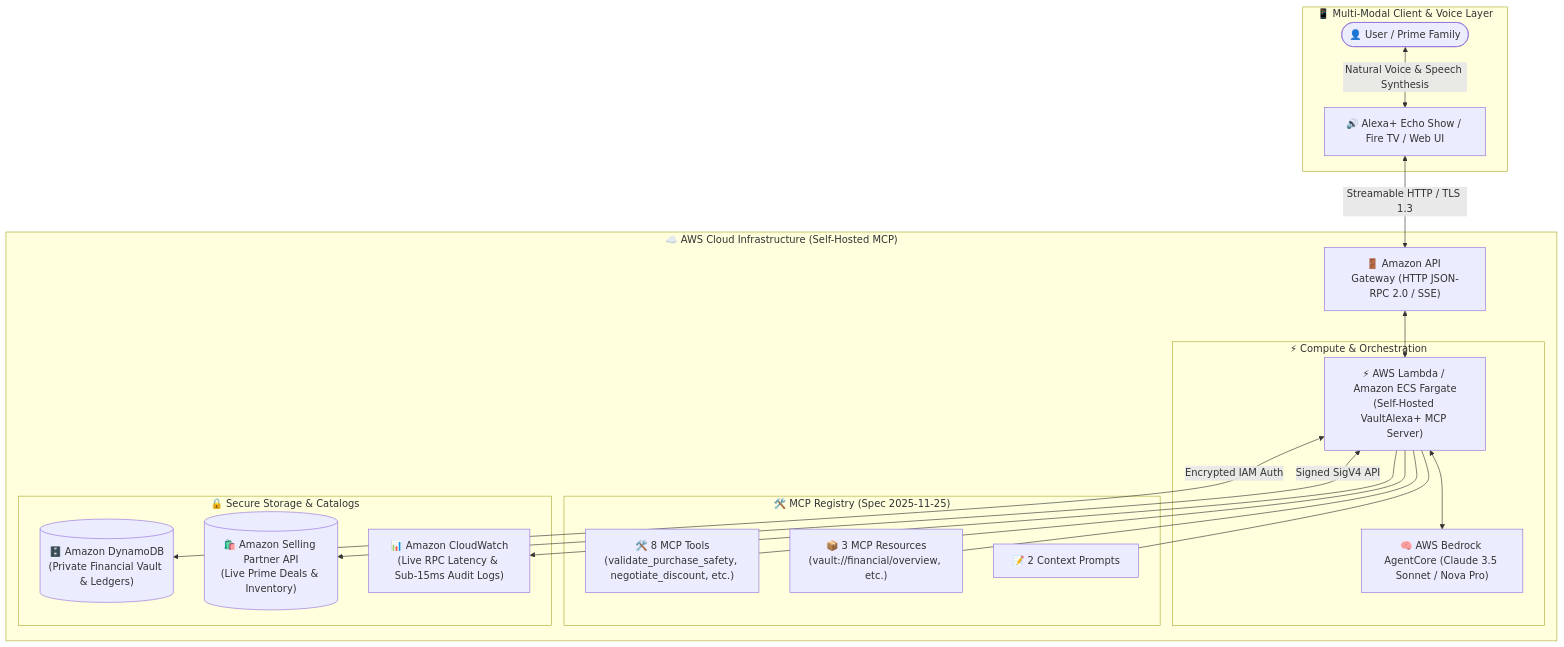
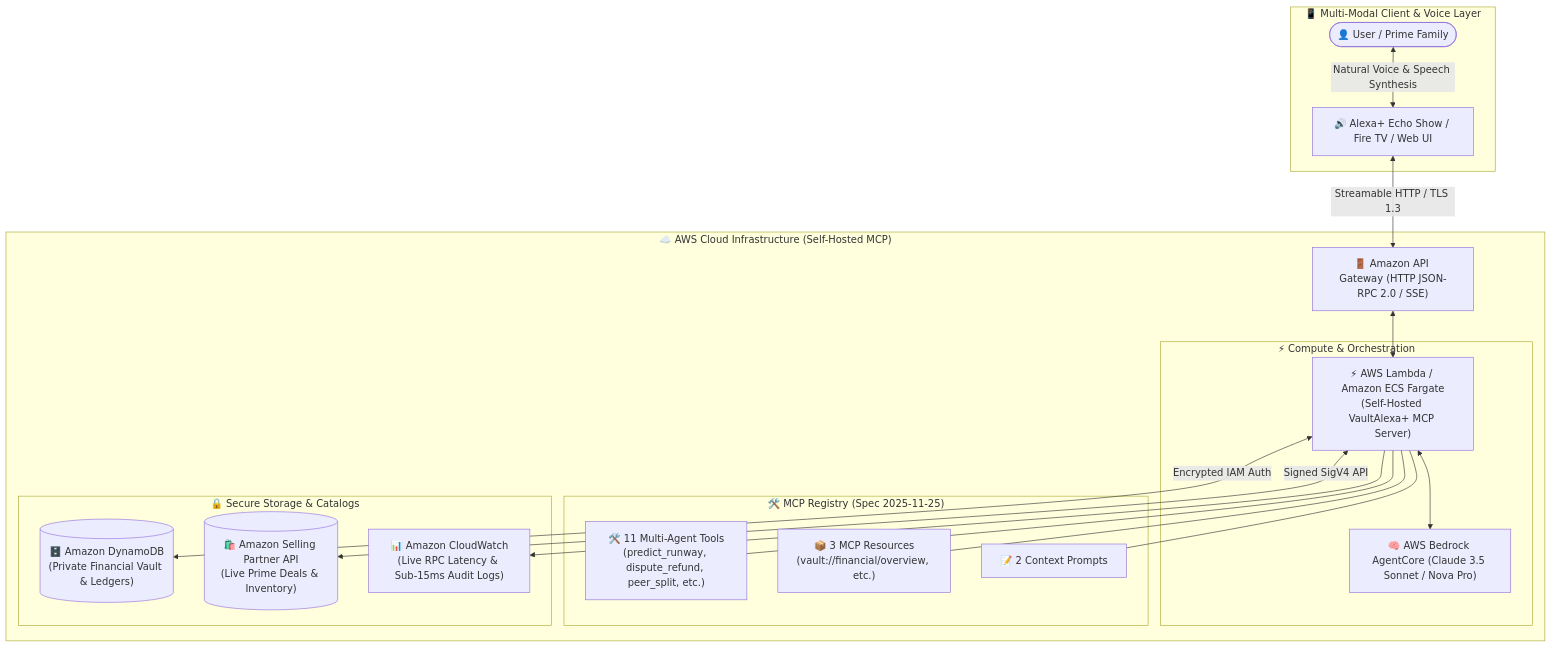
One commit to karyalangitdigital/vault-alexa-mcp changed the diagram in README.md. Above: the diagram before and after it, drawn with Mermaid. The commit also changed 3 other files, not shown here.

Commit message:
chore(devops): full system audit and synchronization across 11 MCP tools, AWS architecture, manifests, and UI diagnostics

````diff
--- a/README.md
+++ b/README.md
@@ -50,39 +50,39 @@
 ```mermaid
 flowchart TD
     subgraph ClientLayer ["📱 Multi-Modal Client & Voice Layer"]
         User(["👤 User / Prime Family"])
         AlexaDevice["🔊 Alexa+ Echo Show / Fire TV / Web UI"]
         User <-->|Natural Voice & Speech Synthesis| AlexaDevice
     end
 
     subgraph AWSCloud ["☁️ AWS Cloud Infrastructure (Self-Hosted MCP)"]
         APIGateway["🚪 Amazon API Gateway (HTTP JSON-RPC 2.0 / SSE)"]
         
         subgraph ComputeLayer ["⚡ Compute & Orchestration"]
             BedrockAgent["🧠 AWS Bedrock AgentCore (Claude 3.5 Sonnet / Nova Pro)"]
             LambdaMCP["⚡ AWS Lambda / Amazon ECS Fargate\n(Self-Hosted VaultAlexa+ MCP Server)"]
         end
 
         subgraph MCPRegistry ["🛠️ MCP Registry (Spec 2025-11-25)"]
-            MCPTools["🛠️ 8 MCP Tools\n(validate_purchase_safety, negotiate_discount, etc.)"]
+            MCPTools["🛠️ 11 Multi-Agent Tools\n(predict_runway, dispute_refund, peer_split, etc.)"]
             MCPResources["📦 3 MCP Resources\n(vault://financial/overview, etc.)"]
             MCPPrompts["📝 2 Context Prompts"]
         end
 
         subgraph StorageLayer ["🔒 Secure Storage & Catalogs"]
             DynamoDB[("🗄️ Amazon DynamoDB\n(Private Financial Vault & Ledgers)")]
             AmazonCatalog[("🛍️ Amazon Selling Partner API\n(Live Prime Deals & Inventory)")]
             CloudWatch["📊 Amazon CloudWatch\n(Live RPC Latency & Sub-15ms Audit Logs)"]
         end
     end
 
     AlexaDevice <-->|Streamable HTTP / TLS 1.3| APIGateway
     APIGateway <--> LambdaMCP
     LambdaMCP <--> BedrockAgent
     LambdaMCP --- MCPTools
     LambdaMCP --- MCPResources
     LambdaMCP --- MCPPrompts
     LambdaMCP <-->|Encrypted IAM Auth| DynamoDB
     LambdaMCP <-->|Signed SigV4 API| AmazonCatalog
     LambdaMCP --> CloudWatch
 ```
````
